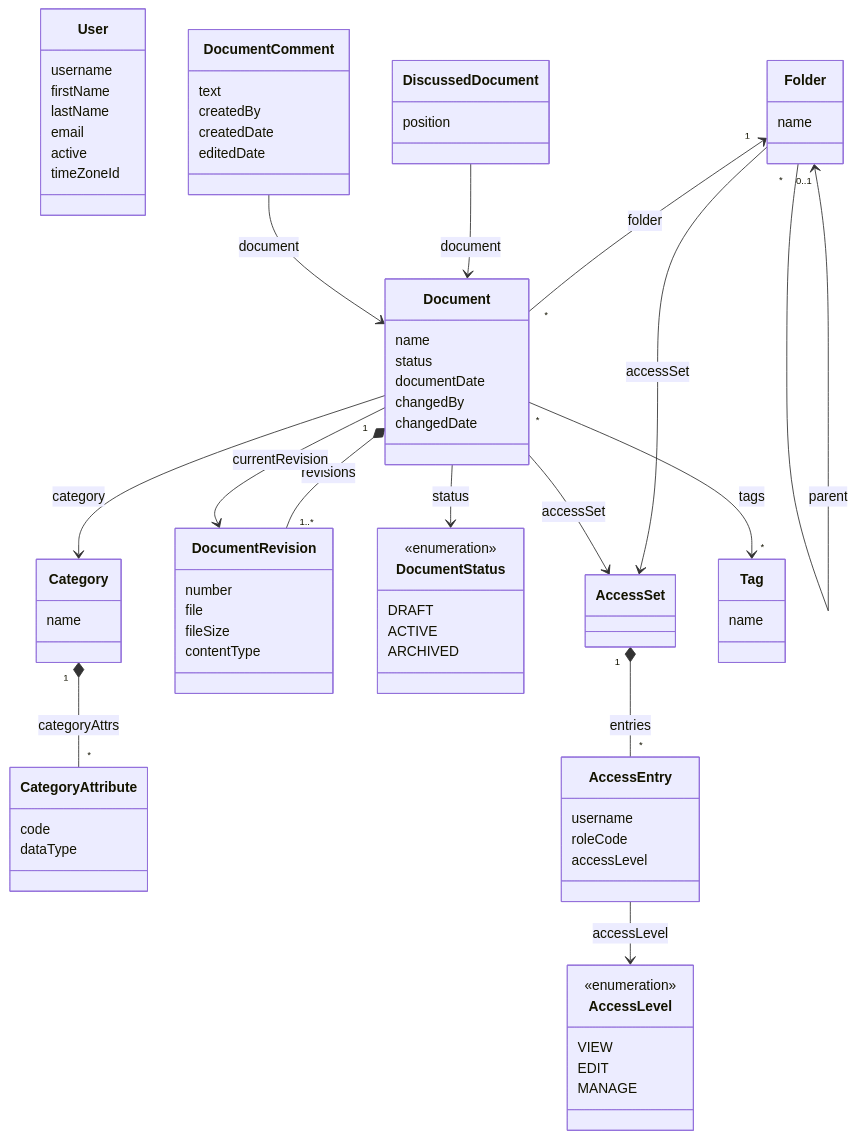
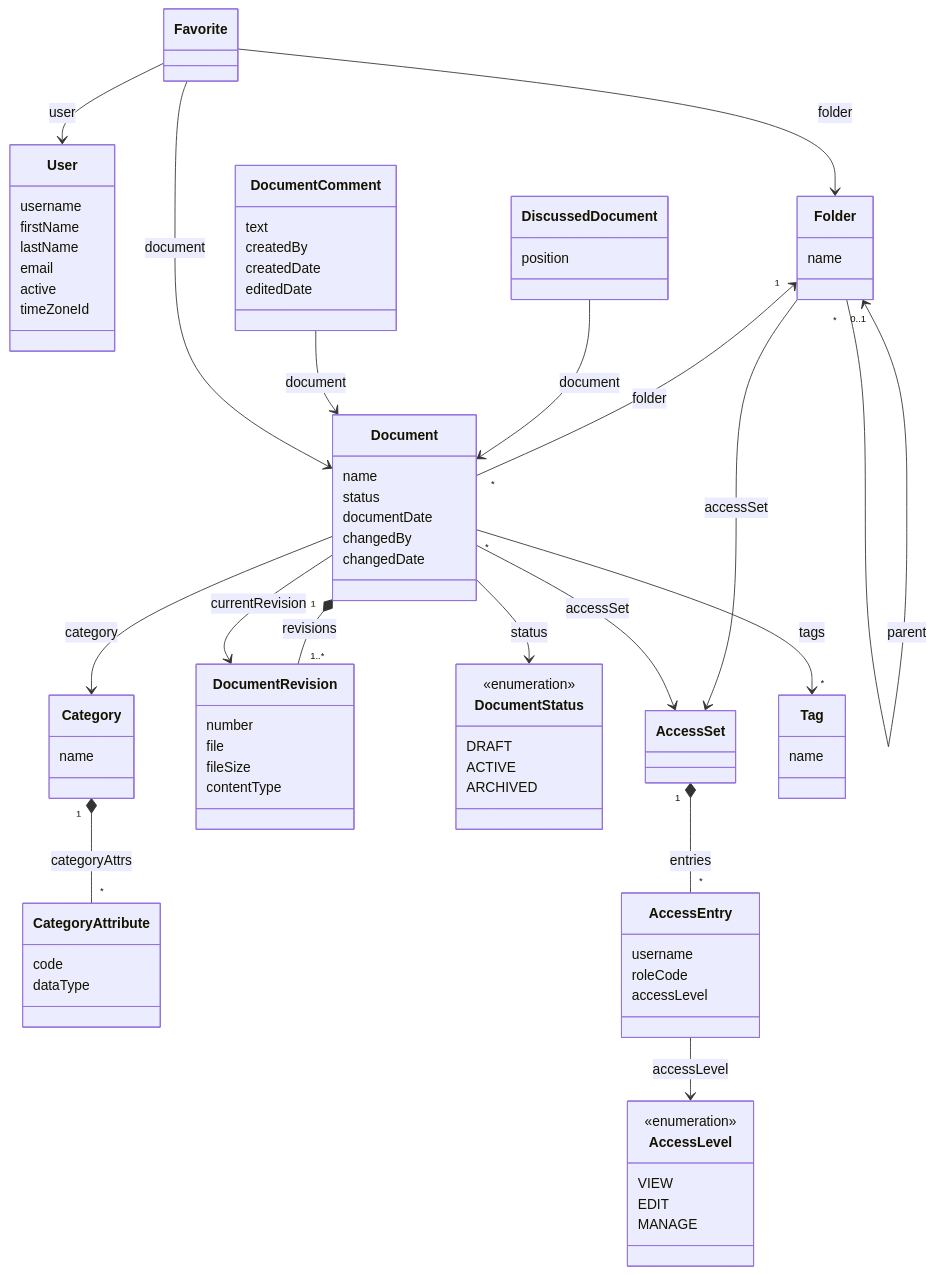
Before and after one commit to jmix-framework/jmix-docai: the diagram in README.md, drawn with Mermaid. The commit also changed other lines of this file and 34 other files, not shown here.

````diff
--- a/README.md
+++ b/README.md
@@ -229,78 +229,82 @@
 ```mermaid
 classDiagram
     class User {
         username
         firstName
         lastName
         email
         active
         timeZoneId
     }
     class Folder {
         name
     }
     class Document {
         name
         status
         documentDate
         changedBy
         changedDate
     }
     class Category {
         name
     }
     class CategoryAttribute {
         code
         dataType
     }
     class DocumentRevision {
         number
         file
         fileSize
         contentType
     }
     class DocumentStatus {
         <<enumeration>>
         DRAFT
         ACTIVE
         ARCHIVED
     }
     class AccessSet
     class AccessEntry {
         username
         roleCode
         accessLevel
     }
     class AccessLevel {
         <<enumeration>>
         VIEW
         EDIT
         MANAGE
     }
     class DiscussedDocument {
         position
     }
     class DocumentComment {
         text
         createdBy
         createdDate
         editedDate
     }
     class Tag {
         name
     }
+    class Favorite
     Folder "0..1" <-- "*" Folder : parent
     Folder "1" <-- "*" Document : folder
     Document "1" *-- "1..*" DocumentRevision : revisions
     Document --> DocumentRevision : currentRevision
     Document --> DocumentStatus : status
     Folder --> AccessSet : accessSet
     Document --> AccessSet : accessSet
     Document --> Category : category
     Document "*" --> "*" Tag : tags
     Category "1" *-- "*" CategoryAttribute : categoryAttrs
     AccessSet "1" *-- "*" AccessEntry : entries
     AccessEntry --> AccessLevel : accessLevel
     DiscussedDocument --> Document : document
     DocumentComment --> Document : document
+    Favorite --> User : user
+    Favorite --> Folder : folder
+    Favorite --> Document : document
 ```
````
